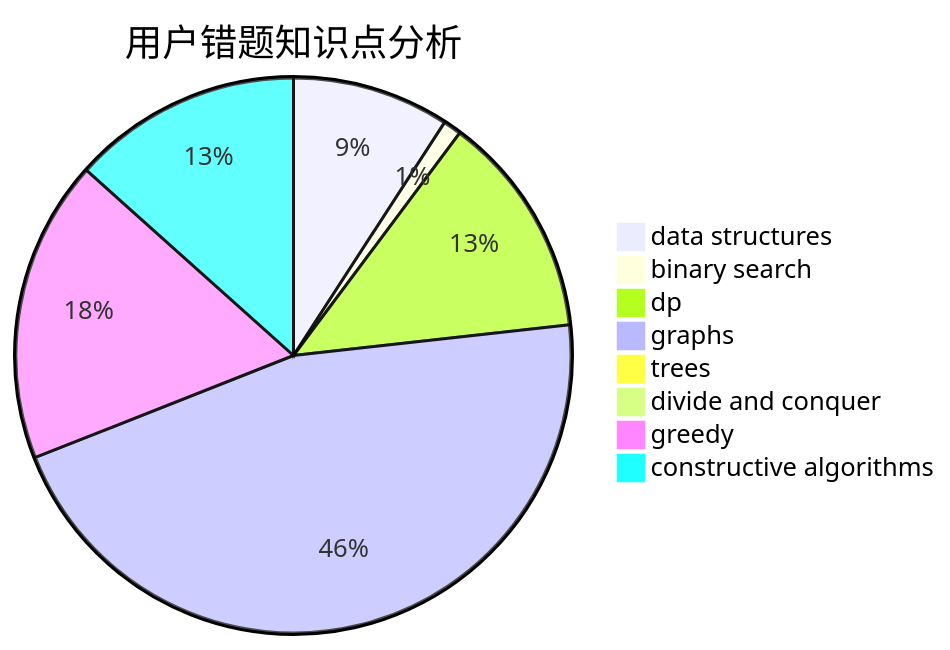
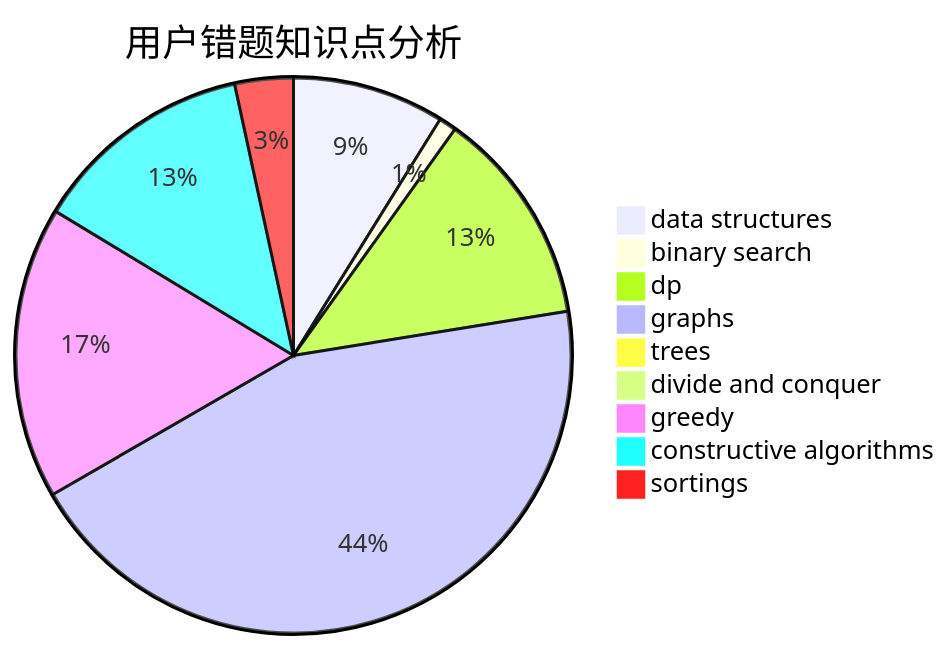
Before and after one commit to sherpahu/cfrs.github.io: the third of 3 diagrams in docs/user/u1433.md, drawn with Mermaid. The commit also changed other lines of this file and 2769 other files, not shown here.

````diff
--- a/docs/user/u1433.md
+++ b/docs/user/u1433.md
@@ -36,11 +32,12 @@
 ```mermaid
 pie title 用户错题知识点分析
     "data structures" :  26
     "binary search" :  3
     "dp" :  37
     "graphs" :  130
     "trees" :  1
     "divide and conquer" :  0
     "greedy" :  50
     "constructive algorithms" :  38
+    "sortings" :  10
 ```
````
